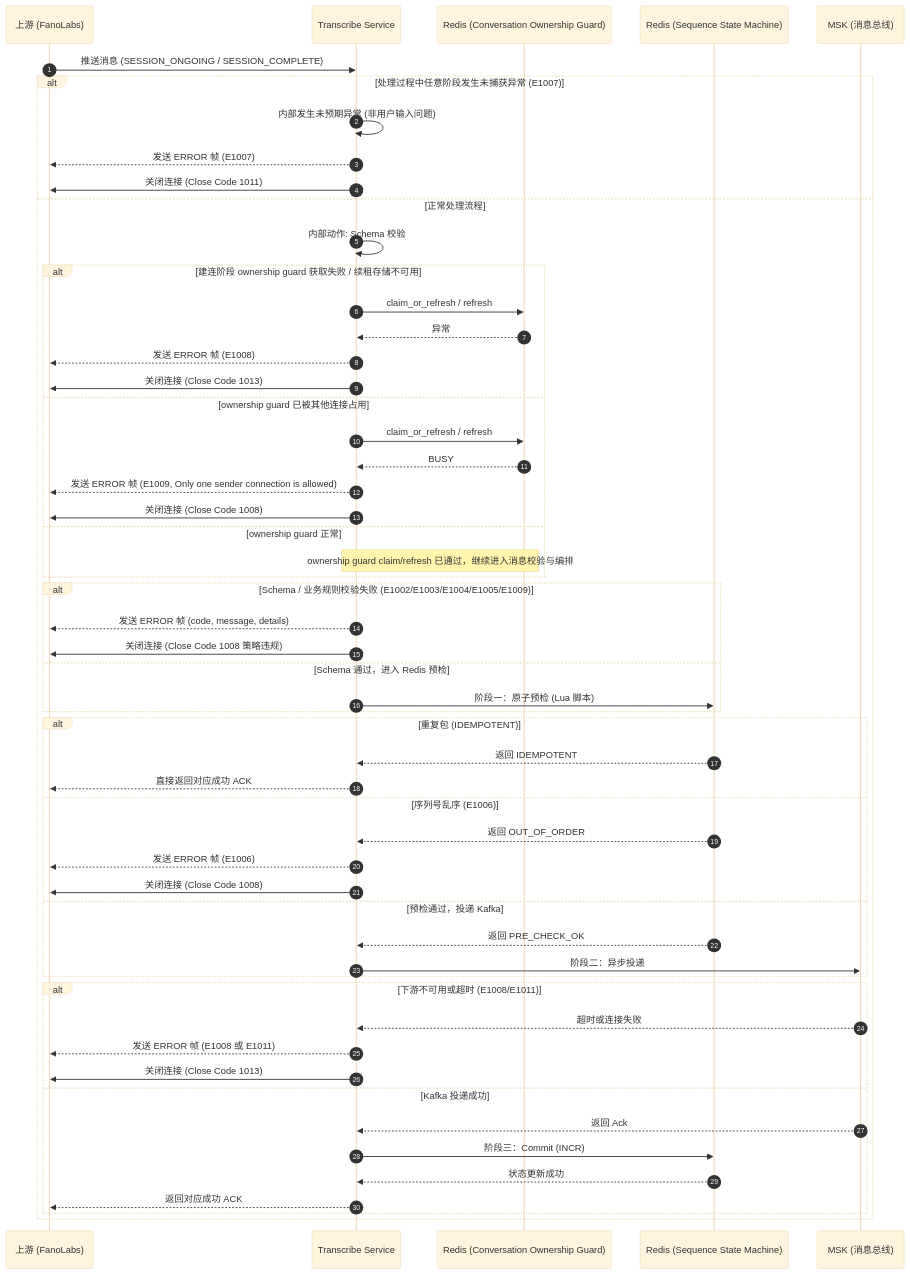
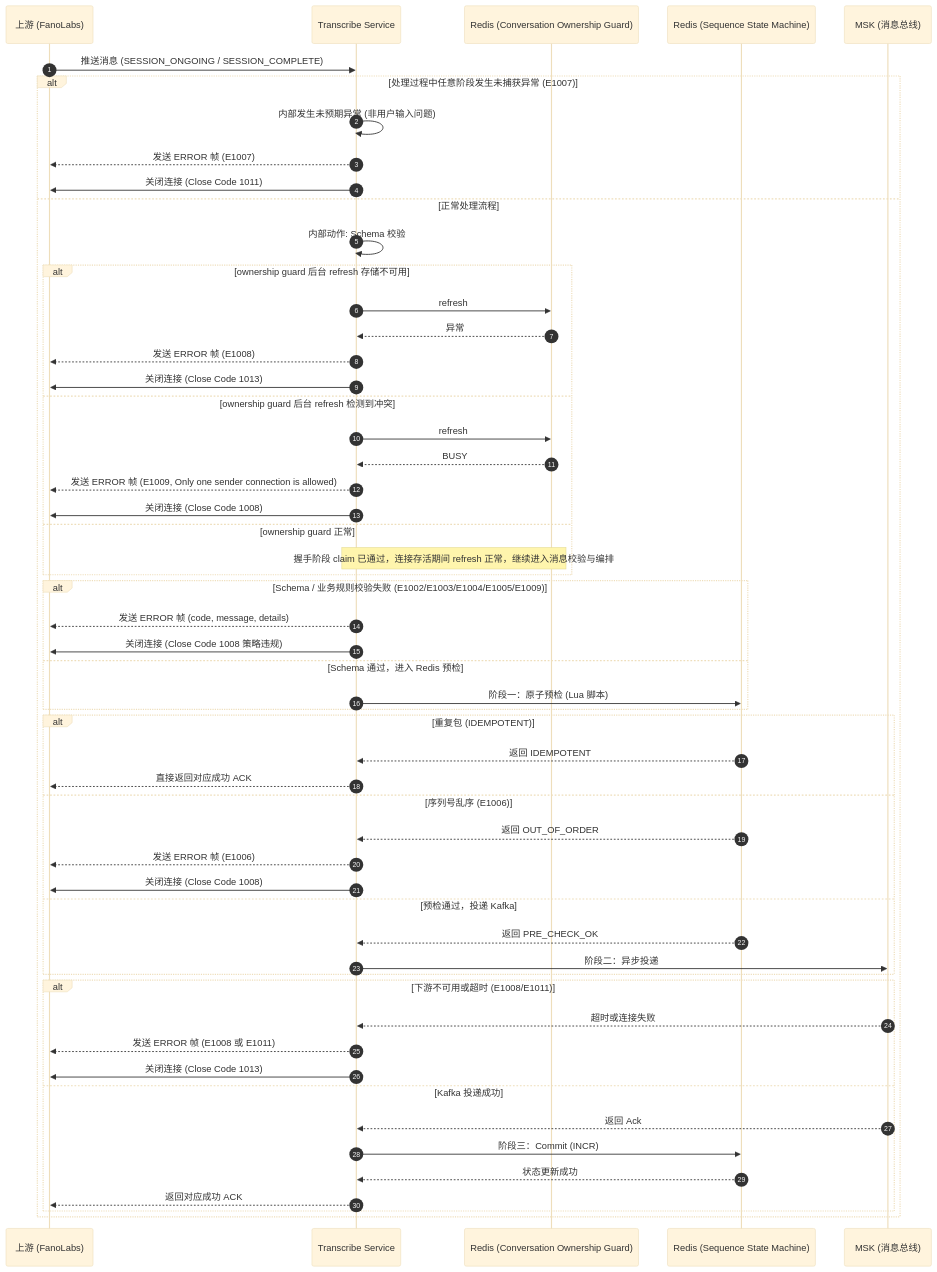
The fifth of 6 diagrams in design/application-design_zh.md (xiaodouya001/transcribe_service), drawn with Mermaid (base theme) before and after one commit. The commit also changed other lines of this file and 12 other files, not shown here.

````diff
--- a/design/application-design_zh.md
+++ b/design/application-design_zh.md
@@ -218,63 +223,63 @@
 ```mermaid
 sequenceDiagram
     autonumber
     participant Vendor as 上游 (FanoLabs)
     participant Trans as Transcribe Service
     participant RedisOwnership as Redis (Conversation Ownership Guard)
     participant RedisState as Redis (Sequence State Machine)
     participant Kafka as MSK (消息总线)
 
     Vendor->>Trans: 推送消息 (SESSION_ONGOING / SESSION_COMPLETE)
 
         alt 处理过程中任意阶段发生未捕获异常 (E1007)
             Trans->>Trans: 内部发生未预期异常 (非用户输入问题)
             Trans-->>Vendor: 发送 ERROR 帧 (E1007)
             Trans->>Vendor: 关闭连接 (Close Code 1011)
         else 正常处理流程
             Trans->>Trans: 内部动作: Schema 校验
 
-            alt 建连阶段 ownership guard 获取失败 / 续租存储不可用
-                Trans->>RedisOwnership: claim_or_refresh / refresh
+            alt ownership guard 后台 refresh 存储不可用
+                Trans->>RedisOwnership: refresh
                 RedisOwnership-->>Trans: 异常
                 Trans-->>Vendor: 发送 ERROR 帧 (E1008)
                 Trans->>Vendor: 关闭连接 (Close Code 1013)
-            else ownership guard 已被其他连接占用
-                Trans->>RedisOwnership: claim_or_refresh / refresh
+            else ownership guard 后台 refresh 检测到冲突
+                Trans->>RedisOwnership: refresh
                 RedisOwnership-->>Trans: BUSY
                 Trans-->>Vendor: 发送 ERROR 帧 (E1009, Only one sender connection is allowed)
                 Trans->>Vendor: 关闭连接 (Close Code 1008)
             else ownership guard 正常
-                Note over Trans,RedisOwnership: ownership guard claim/refresh 已通过，继续进入消息校验与编排
+                Note over Trans,RedisOwnership: 握手阶段 claim 已通过，连接存活期间 refresh 正常，继续进入消息校验与编排
             end
 
             alt Schema / 业务规则校验失败 (E1002/E1003/E1004/E1005/E1009)
                 Trans-->>Vendor: 发送 ERROR 帧 (code, message, details)
                 Trans->>Vendor: 关闭连接 (Close Code 1008 策略违规)
             else Schema 通过，进入 Redis 预检
                 Trans->>RedisState: 阶段一：原子预检 (Lua 脚本)
             end
 
             alt 重复包 (IDEMPOTENT)
                 RedisState-->>Trans: 返回 IDEMPOTENT
                 Trans-->>Vendor: 直接返回对应成功 ACK
             else 序列号乱序 (E1006)
                 RedisState-->>Trans: 返回 OUT_OF_ORDER
                 Trans-->>Vendor: 发送 ERROR 帧 (E1006)
                 Trans->>Vendor: 关闭连接 (Close Code 1008)
             else 预检通过，投递 Kafka
                 RedisState-->>Trans: 返回 PRE_CHECK_OK
                 Trans->>Kafka: 阶段二：异步投递
             end
 
             alt 下游不可用或超时 (E1008/E1011)
                 Kafka-->>Trans: 超时或连接失败
                 Trans-->>Vendor: 发送 ERROR 帧 (E1008 或 E1011)
                 Trans->>Vendor: 关闭连接 (Close Code 1013)
             else Kafka 投递成功
                 Kafka-->>Trans: 返回 Ack
                 Trans->>RedisState: 阶段三：Commit (INCR)
                 RedisState-->>Trans: 状态更新成功
                 Trans-->>Vendor: 返回对应成功 ACK
             end
         end
 ```
````
